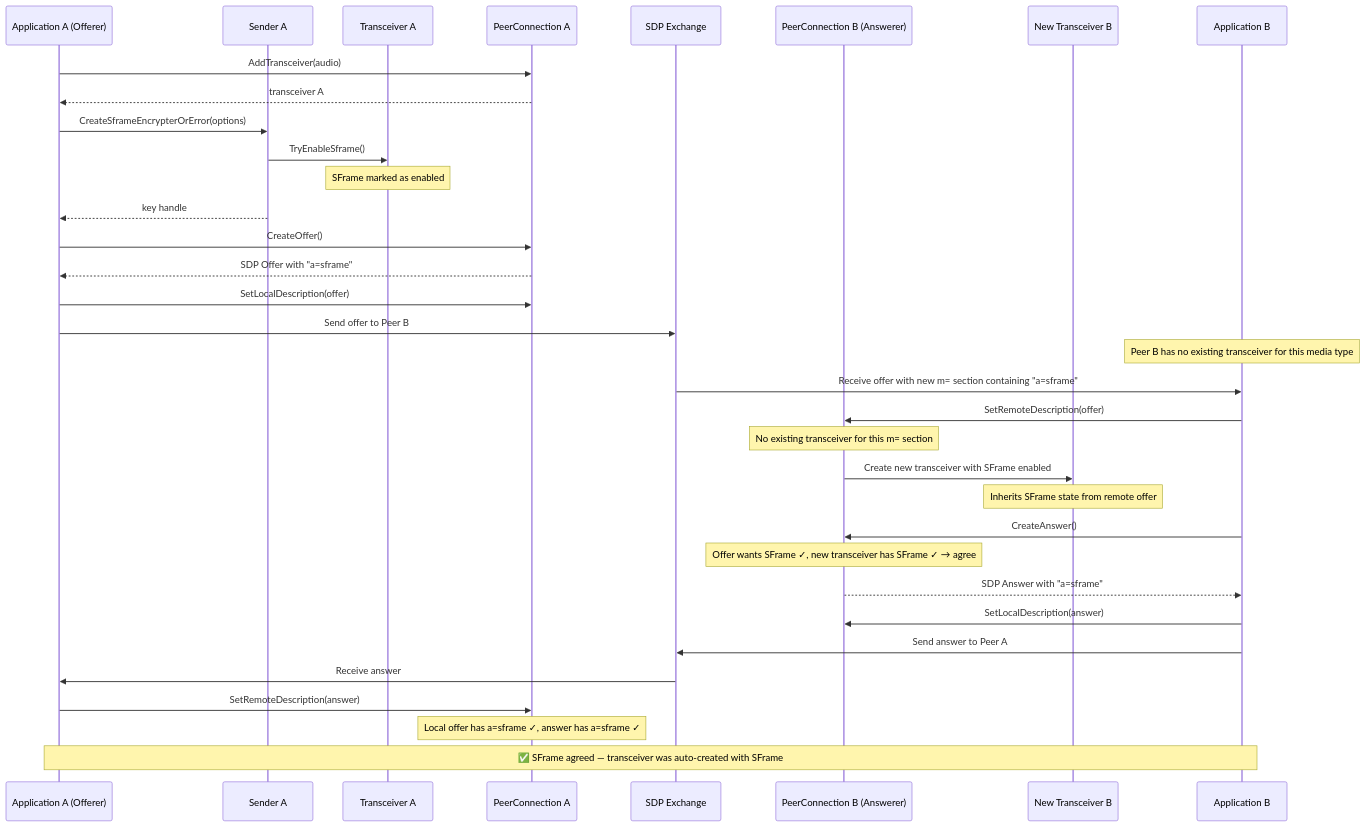
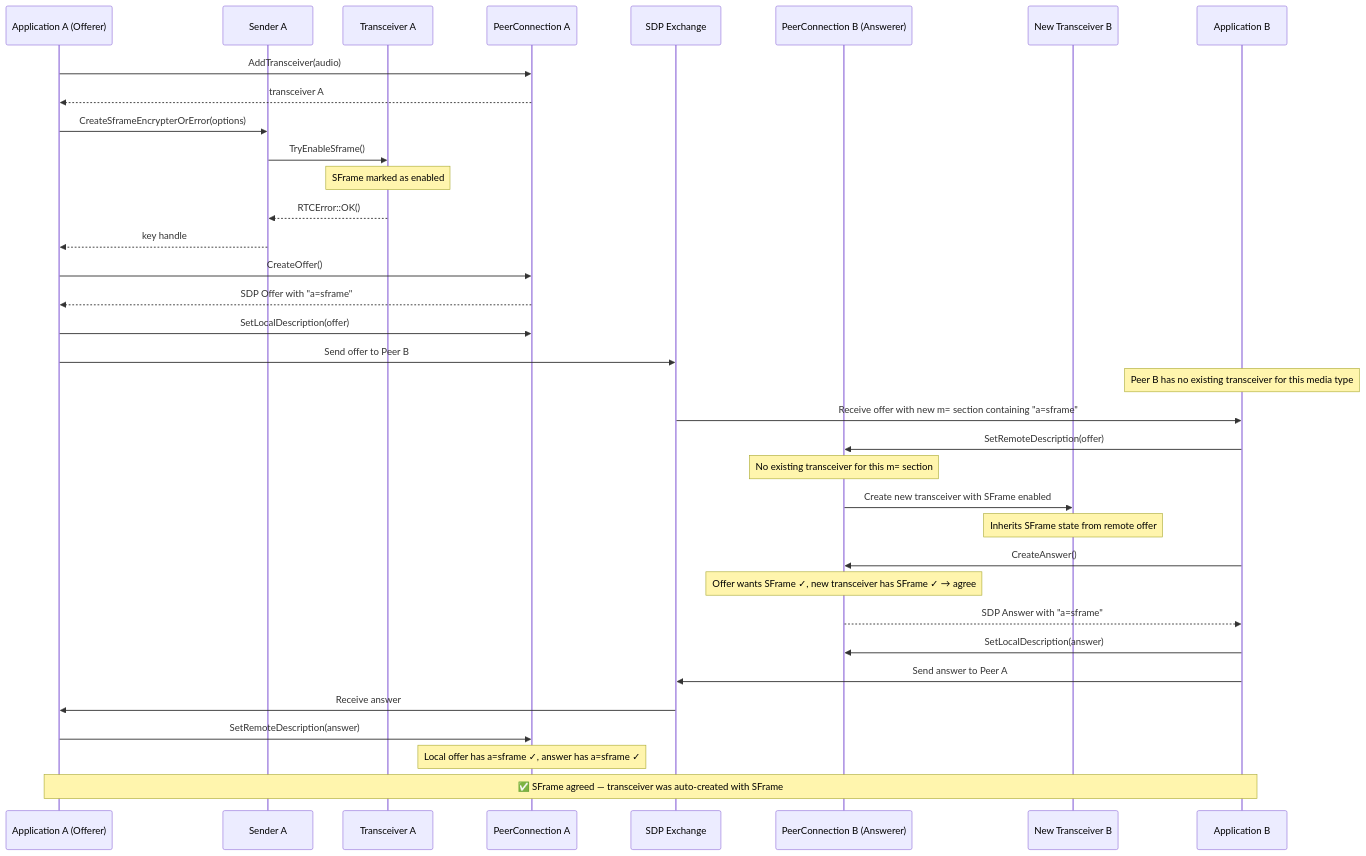
One commit to webex/webrtc-sframe changed the fourth of 6 diagrams in negotiation.md. Above: the diagram before and after it, drawn with Mermaid. The commit also changed other lines of this file and 1 other file, not shown here.

````diff
--- a/negotiation.md
+++ b/negotiation.md
@@ -256,45 +259,46 @@
 ```mermaid
 sequenceDiagram
     participant AppA as Application A (Offerer)
     participant SA as Sender A
     participant TA as Transceiver A
     participant PCA as PeerConnection A
     participant SDP as SDP Exchange
     participant PCB as PeerConnection B (Answerer)
     participant TB as New Transceiver B
     participant AppB as Application B
 
     AppA->>PCA: AddTransceiver(audio)
     PCA-->>AppA: transceiver A
 
     AppA->>SA: CreateSframeEncrypterOrError(options)
     SA->>TA: TryEnableSframe()
     Note over TA: SFrame marked as enabled
+    TA-->>SA: RTCError::OK()
     SA-->>AppA: key handle
 
     AppA->>PCA: CreateOffer()
     PCA-->>AppA: SDP Offer with "a=sframe"
     AppA->>PCA: SetLocalDescription(offer)
     AppA->>SDP: Send offer to Peer B
 
     Note over AppB: Peer B has no existing transceiver for this media type
 
     SDP->>AppB: Receive offer with new m= section containing "a=sframe"
     AppB->>PCB: SetRemoteDescription(offer)
     Note over PCB: No existing transceiver for this m= section
     PCB->>TB: Create new transceiver with SFrame enabled
     Note over TB: Inherits SFrame state from remote offer
 
     AppB->>PCB: CreateAnswer()
     Note over PCB: Offer wants SFrame ✓, new transceiver has SFrame ✓ → agree
     PCB-->>AppB: SDP Answer with "a=sframe"
 
     AppB->>PCB: SetLocalDescription(answer)
     AppB->>SDP: Send answer to Peer A
 
     SDP->>AppA: Receive answer
     AppA->>PCA: SetRemoteDescription(answer)
     Note over PCA: Local offer has a=sframe ✓, answer has a=sframe ✓
 
     Note over AppA,AppB: ✅ SFrame agreed — transceiver was auto-created with SFrame
 ```
````
